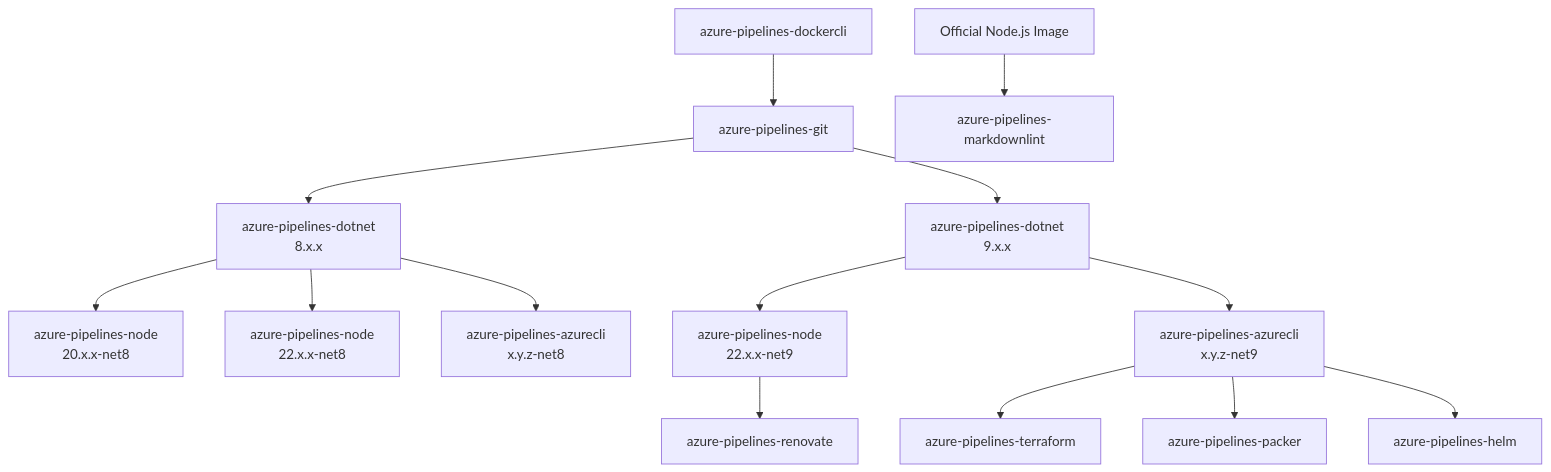
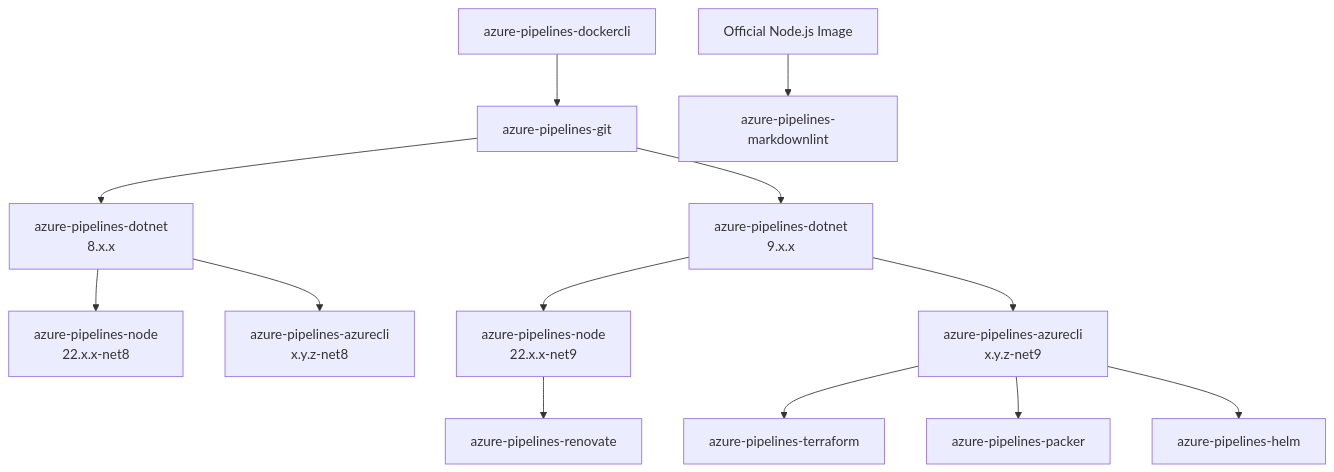
One commit to swissgrc/.github changed the diagram in profile/README.md. Above: the diagram before and after it, drawn with Mermaid. The commit also changed other lines of this file, not shown here.

Commit message:
Remove Node.js 20 mentioning (#307)

````diff
--- a/profile/README.md
+++ b/profile/README.md
@@ -21,63 +21,60 @@
 ```mermaid
 graph TB
     docker[azure-pipelines-dockercli]
     click docker "https://github.com/swissgrc/docker-azure-pipelines-dockercli"
 
     git[azure-pipelines-git]
     click git "https://github.com/swissgrc/docker-azure-pipelines-git"
 
     dotnet8[azure-pipelines-dotnet<br>8.x.x]
     click dotnet8 "https://github.com/swissgrc/docker-azure-pipelines-dotnet-8"
     dotnet9[azure-pipelines-dotnet<br>9.x.x]
     click dotnet9 "https://github.com/swissgrc/docker-azure-pipelines-dotnet-9"
 
-    node20_8[azure-pipelines-node<br>20.x.x-net8]
-    click node20_8 "https://github.com/swissgrc/docker-azure-pipelines-node20-net8"
     node22_8[azure-pipelines-node<br>22.x.x-net8]
     click node22_8 "https://github.com/swissgrc/docker-azure-pipelines-node22-net8"
     node22_9[azure-pipelines-node<br>22.x.x-net9]
     click node22_9 "https://github.com/swissgrc/docker-azure-pipelines-node22-net9"
 
     az8[azure-pipelines-azurecli<br>x.y.z-net8]
     click az8 "https://github.com/swissgrc/docker-azure-pipelines-azurecli-net8"
     az9[azure-pipelines-azurecli<br>x.y.z-net9]
     click az9 "https://github.com/swissgrc/docker-azure-pipelines-azurecli-net9"
 
     terraform[azure-pipelines-terraform]
     click terraform "https://github.com/swissgrc/docker-azure-pipelines-terraform"
     packer[azure-pipelines-packer]
     click packer "https://github.com/swissgrc/docker-azure-pipelines-packer"
     helm[azure-pipelines-helm]
     click helm "https://github.com/swissgrc/docker-azure-pipelines-helm"
 
     markdownlint[azure-pipelines-markdownlint]
     click markdownlint "https://github.com/swissgrc/docker-azure-pipelines-markdownlint"
 
     renovate[azure-pipelines-renovate]
     click renovate "https://github.com/swissgrc/docker-azure-pipelines-renovate"
 
     %% External Images
     nodejs[Official Node.js Image]
     click nodejs "https://hub.docker.com/_/node"
 
     %% Inheritance relationships (top-down)
     docker --> git
     
     git --> dotnet8
     git --> dotnet9
 
-    dotnet8 --> node20_8
     dotnet8 --> node22_8
     dotnet9 --> node22_9
 
     dotnet8 --> az8
     dotnet9 --> az9
 
     az9 --> terraform
     az9 --> packer
     az9 --> helm
 
     nodejs --> markdownlint
 
     node22_9 --> renovate
 ```
````
